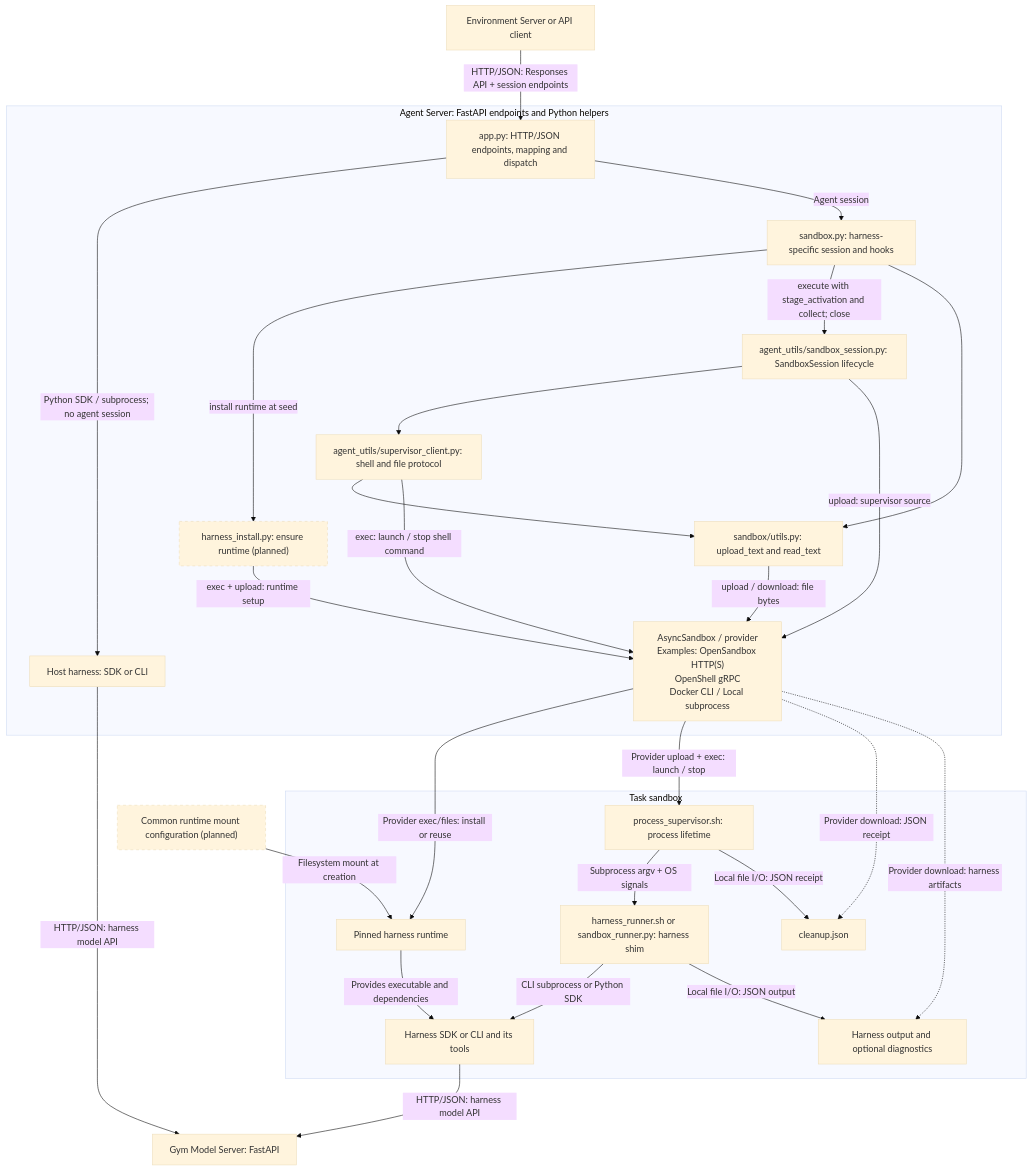
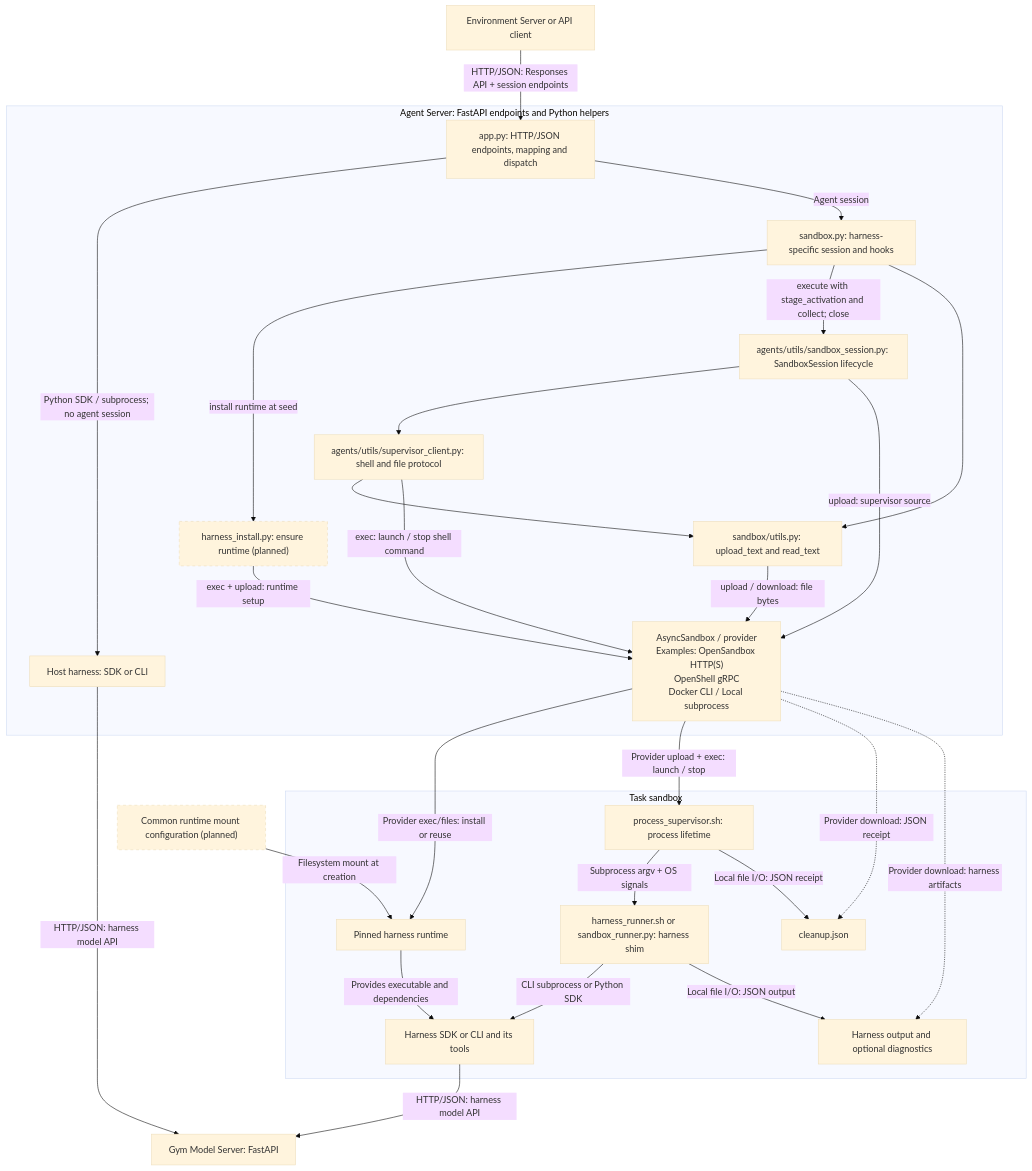
One commit to NVIDIA-NeMo/Gym changed the second of 2 diagrams in fern/versions/latest/pages/agent-server/add-or-update-a-harness.mdx. Above: the diagram before and after it, drawn with Mermaid (base theme). The commit also changed other lines of this file and 192 other files, not shown here.

First line of the commit message:
refactor(agents): move the agent server modules into nemo_gym/agents

````diff
--- a/fern/versions/latest/pages/agent-server/add-or-update-a-harness.mdx
+++ b/fern/versions/latest/pages/agent-server/add-or-update-a-harness.mdx
@@ -378,54 +378,54 @@
 ```mermaid
 flowchart TB
     ENTRY["Environment Server or API client"]
 
     subgraph AS["Agent Server: FastAPI endpoints and Python helpers"]
         APP["app.py: HTTP/JSON endpoints, mapping and dispatch"]
         LOCAL["Host harness: SDK or CLI"]
         ADAPTER["sandbox.py: harness-specific session and hooks"]
-        SESSION["agent_utils/sandbox_session.py: SandboxSession lifecycle"]
+        SESSION["agents/utils/sandbox_session.py: SandboxSession lifecycle"]
         INSTALL["harness_install.py: ensure runtime (planned)"]
-        CLIENT["agent_utils/supervisor_client.py: shell and file protocol"]
+        CLIENT["agents/utils/supervisor_client.py: shell and file protocol"]
         FILES["sandbox/utils.py: upload_text and read_text"]
         PROVIDER["AsyncSandbox / provider<br/>Examples: OpenSandbox HTTP(S)<br/>OpenShell gRPC<br/>Docker CLI / Local subprocess"]
         APP -->|"Python SDK / subprocess; no agent session"| LOCAL
         APP -->|"Agent session"| ADAPTER
         ADAPTER -->|"install runtime at seed"| INSTALL
         ADAPTER -->|"execute with stage_activation and collect; close"| SESSION
         SESSION --> CLIENT
         ADAPTER --> FILES
         CLIENT --> FILES
         INSTALL -->|"exec + upload: runtime setup"| PROVIDER
         SESSION -->|"upload: supervisor source"| PROVIDER
         CLIENT -->|"exec: launch / stop shell command"| PROVIDER
         FILES -->|"upload / download: file bytes"| PROVIDER
     end
 
     ENTRY -->|"HTTP/JSON: Responses API + session endpoints"| APP
     MOUNTS["Common runtime mount configuration (planned)"]
 
     subgraph SB["Task sandbox"]
         RUNTIME["Pinned harness runtime"]
         SUPERVISOR["process_supervisor.sh: process lifetime"]
         SHIM["harness_runner.sh or sandbox_runner.py: harness shim"]
         HARNESS["Harness SDK or CLI and its tools"]
         CLEANUP["cleanup.json"]
         OUTPUT["Harness output and optional diagnostics"]
         SUPERVISOR -->|"Subprocess argv + OS signals"| SHIM
         SHIM -->|"CLI subprocess or Python SDK"| HARNESS
         RUNTIME -->|"Provides executable and dependencies"| HARNESS
         SUPERVISOR -->|"Local file I/O: JSON receipt"| CLEANUP
         SHIM -->|"Local file I/O: JSON output"| OUTPUT
     end
 
     PROVIDER -->|"Provider exec/files: install or reuse"| RUNTIME
     MOUNTS -->|"Filesystem mount at creation"| RUNTIME
     PROVIDER -->|"Provider upload + exec: launch / stop"| SUPERVISOR
     PROVIDER -.->|"Provider download: JSON receipt"| CLEANUP
     PROVIDER -.->|"Provider download: harness artifacts"| OUTPUT
     HARNESS -->|"HTTP/JSON: harness model API"| MODEL["Gym Model Server: FastAPI"]
     LOCAL -->|"HTTP/JSON: harness model API"| MODEL
 
     classDef planned stroke-dasharray: 5 5;
     class INSTALL,MOUNTS planned;
 ```
````
